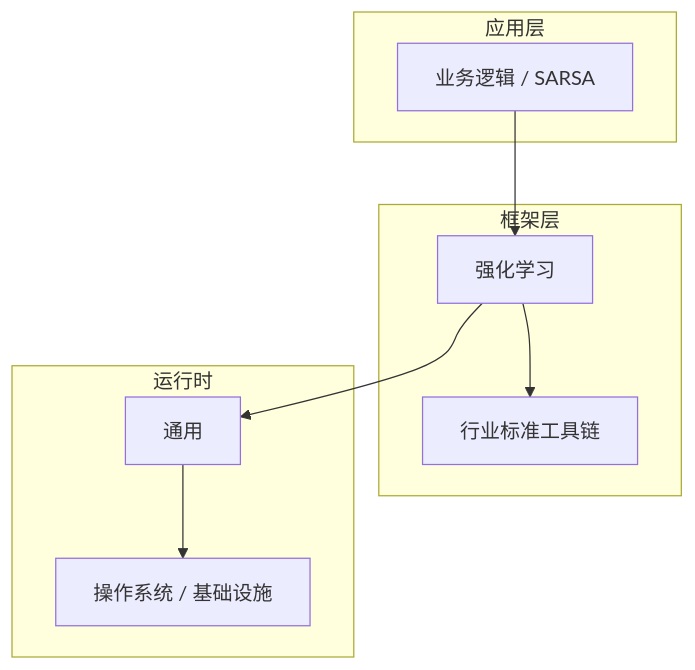
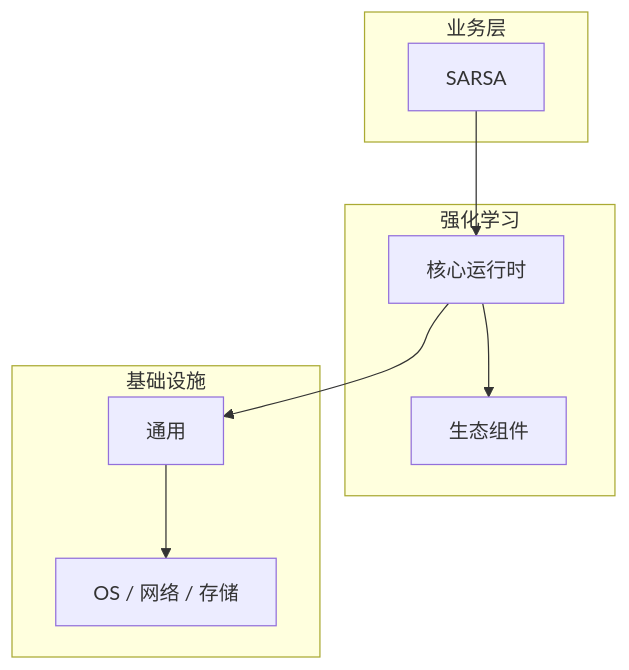
Before and after one commit to yanggan2015/knowledge-json-v2: the diagram in articles/强化学习/chapters/021-SARSA核心概念与原理.md, drawn with Mermaid. The commit also changed other lines of this file and 10127 other files, not shown here.

````diff
--- a/articles/强化学习/chapters/021-SARSA核心概念与原理.md
+++ b/articles/强化学习/chapters/021-SARSA核心概念与原理.md
@@ -45,18 +30,18 @@
 ```mermaid
 graph TB
-    subgraph 应用层
-        A[业务逻辑 / SARSA]
+    subgraph 业务层
+        A[SARSA]
     end
-    subgraph 框架层
-        B[强化学习]
-        C[行业标准工具链]
+    subgraph 强化学习
+        B[核心运行时]
+        C[生态组件]
     end
-    subgraph 运行时
+    subgraph 基础设施
         D[通用]
-        E[操作系统 / 基础设施]
+        E[OS / 网络 / 存储]
     end
     A --> B
     B --> C
     B --> D
     D --> E
 ```
````
